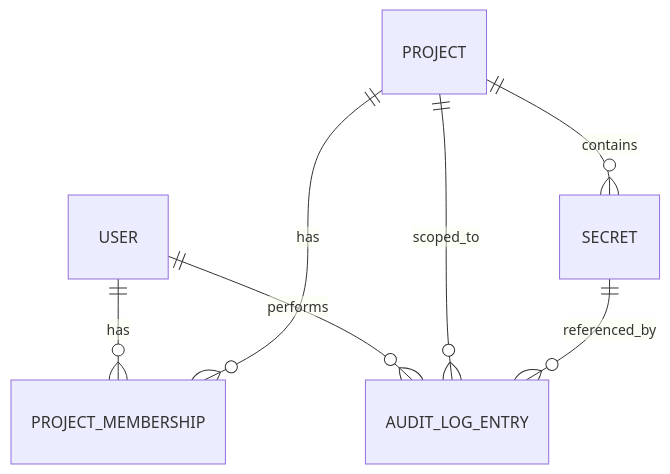
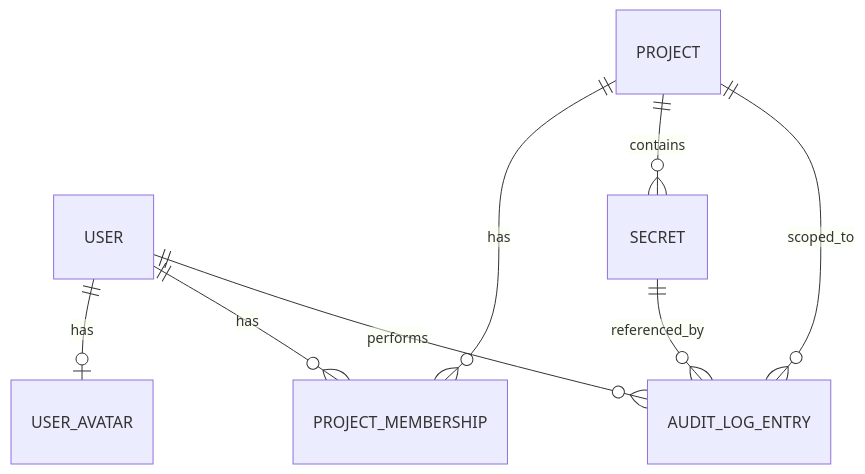
One commit to eesa-shoaib/raaz-secrets-manager changed the diagram in docs/DATA_MODEL.md. Above: the diagram before and after it, drawn with Mermaid. The commit also changed other lines of this file, not shown here.

Commit message:
docs(data-model): specify UserAvatar, project description, memberCount, and MVP 2 audit actions

````diff
--- a/docs/DATA_MODEL.md
+++ b/docs/DATA_MODEL.md
@@ -35,9 +36,10 @@
 ```mermaid
 erDiagram
+    USER ||--o| USER_AVATAR : has
     USER ||--o{ PROJECT_MEMBERSHIP : has
     PROJECT ||--o{ PROJECT_MEMBERSHIP : has
     PROJECT ||--o{ SECRET : contains
     USER ||--o{ AUDIT_LOG_ENTRY : performs
     PROJECT ||--o{ AUDIT_LOG_ENTRY : scoped_to
     SECRET ||--o{ AUDIT_LOG_ENTRY : referenced_by
 ```
````
